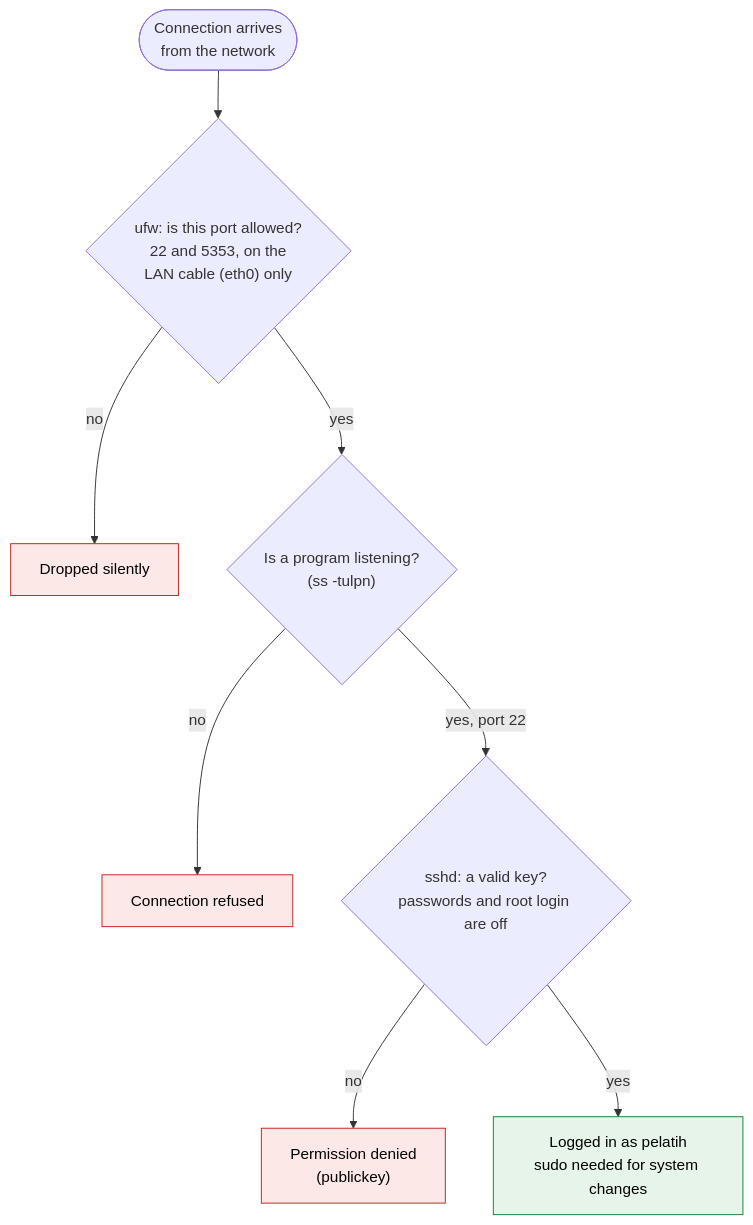
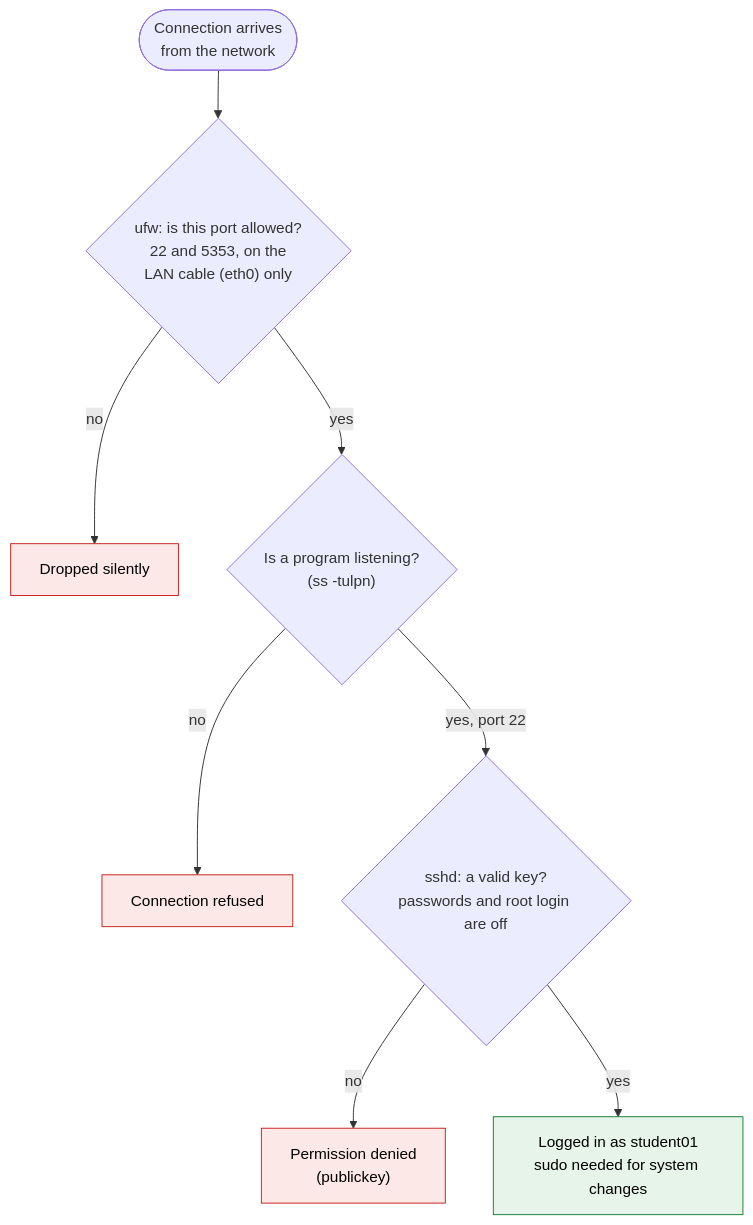
One commit to luqmanyusof/industrial-iot-raspberry-pi changed the sixth of 14 diagrams in day1.md. Above: the diagram before and after it, drawn with Mermaid. The commit also changed other lines of this file and 17 other files, not shown here.

````diff
--- a/day1.md
+++ b/day1.md
@@ -679,14 +681,14 @@
 ```mermaid
 flowchart TD
     pkt(["Connection arrives<br/>from the network"]) --> fw{"ufw: is this port allowed?<br/>22 and 5353, on the<br/>LAN cable (eth0) only"}
     fw -- "no" --> drop["Dropped silently"]
     fw -- "yes" --> listen{"Is a program listening?<br/>(ss -tulpn)"}
     listen -- "no" --> refused["Connection refused"]
     listen -- "yes, port 22" --> key{"sshd: a valid key?<br/>passwords and root login are off"}
     key -- "no" --> denied["Permission denied<br/>(publickey)"]
-    key -- "yes" --> user["Logged in as pelatih<br/>sudo needed for system changes"]
+    key -- "yes" --> user["Logged in as student01<br/>sudo needed for system changes"]
     classDef bad fill:#fce8e6,stroke:#c5221f,color:#000
     classDef good fill:#e6f4ea,stroke:#188038,color:#000
     class drop,refused,denied bad
     class user good
 ```
````
